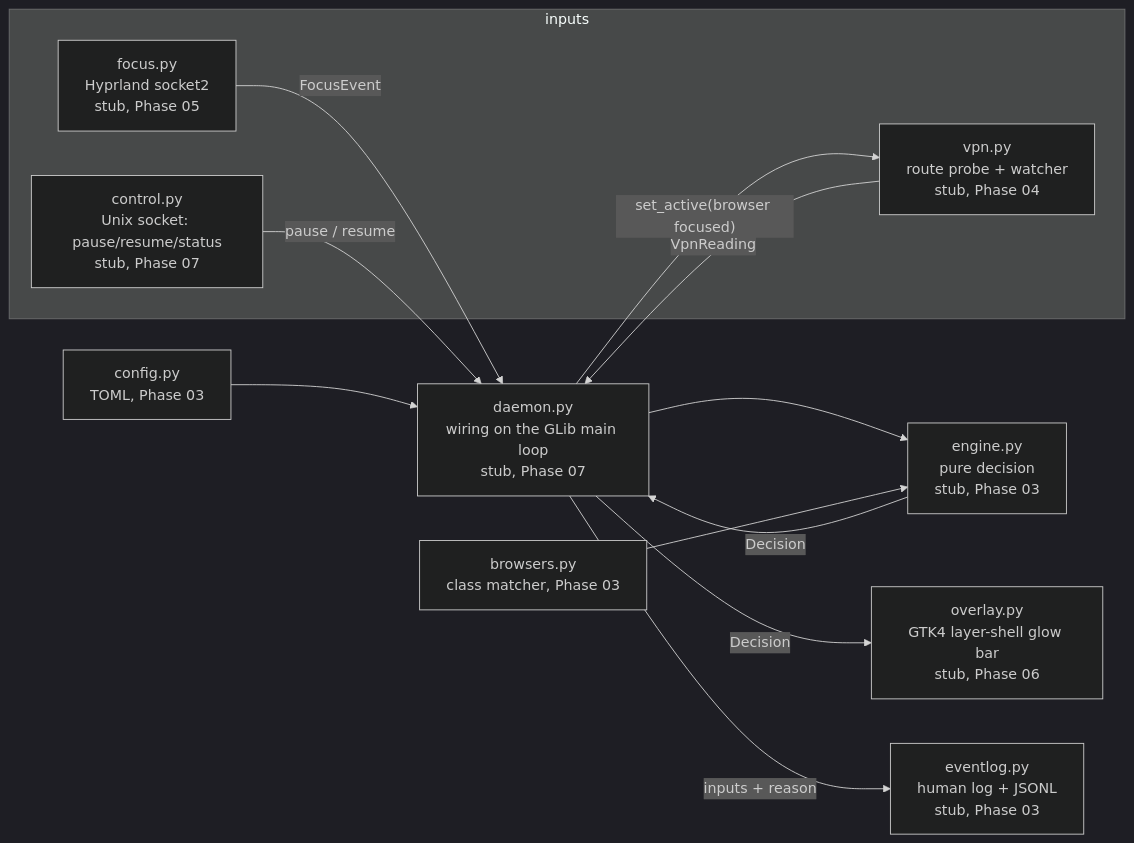
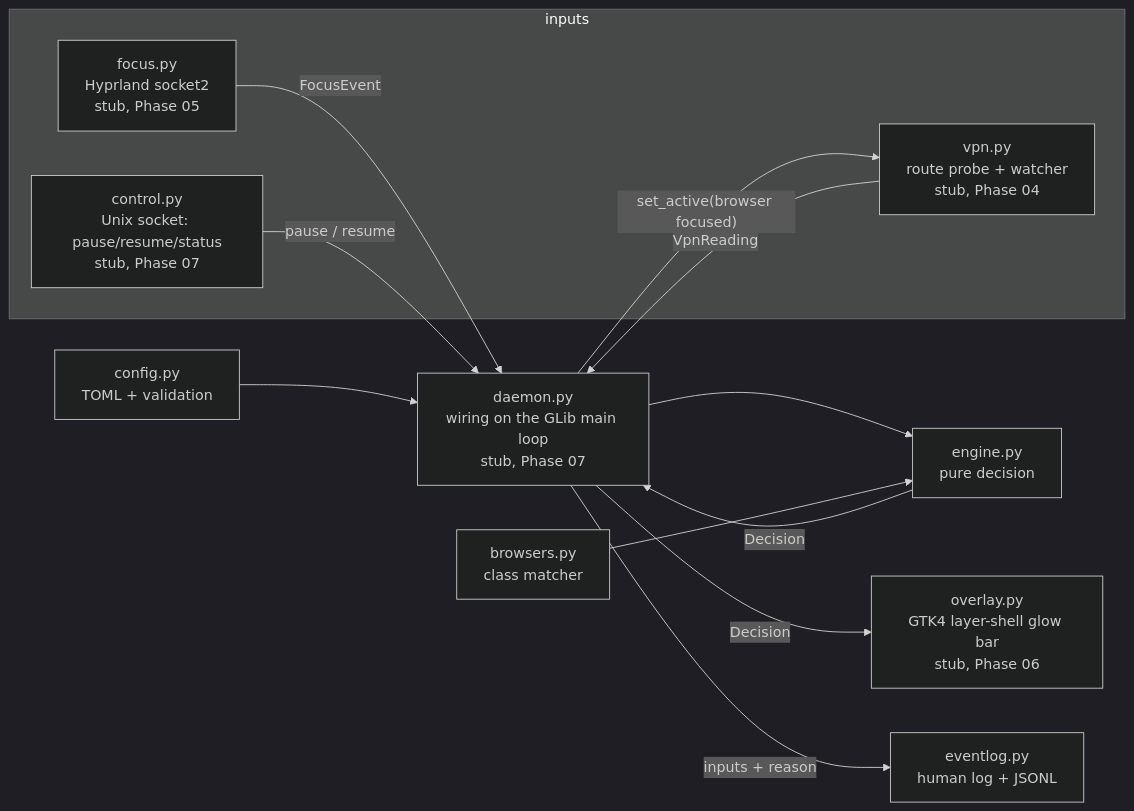
The diagram in docs/VPM_ARCHITECTURE.md (antonizick/VPNMonitor), drawn with Mermaid (dark theme) before and after one commit. The commit also changed other lines of this file and 9 other files, not shown here.

Commit message:
docs: engine rules, event schema, config, ADR-0013/0014, later-prompt notes

````diff
--- a/docs/VPM_ARCHITECTURE.md
+++ b/docs/VPM_ARCHITECTURE.md
@@ -7,25 +7,25 @@
 ```mermaid
 flowchart LR
     subgraph inputs
         F[focus.py<br/>Hyprland socket2<br/>stub, Phase 05]
         V[vpn.py<br/>route probe + watcher<br/>stub, Phase 04]
         C[control.py<br/>Unix socket: pause/resume/status<br/>stub, Phase 07]
     end
-    E[engine.py<br/>pure decision<br/>stub, Phase 03]
+    E[engine.py<br/>pure decision]
     O[overlay.py<br/>GTK4 layer-shell glow bar<br/>stub, Phase 06]
-    L[eventlog.py<br/>human log + JSONL<br/>stub, Phase 03]
+    L[eventlog.py<br/>human log + JSONL]
     D[daemon.py<br/>wiring on the GLib main loop<br/>stub, Phase 07]
-    B[browsers.py<br/>class matcher, Phase 03]
-    CFG[config.py<br/>TOML, Phase 03]
+    B[browsers.py<br/>class matcher]
+    CFG[config.py<br/>TOML + validation]
 
     F -- FocusEvent --> D
     V -- VpnReading --> D
     C -- pause / resume --> D
     D --> E
     B --> E
     CFG --> D
     E -- Decision --> D
     D -- Decision --> O
     D -- inputs + reason --> L
     D -- set_active(browser focused) --> V
 ```
````
